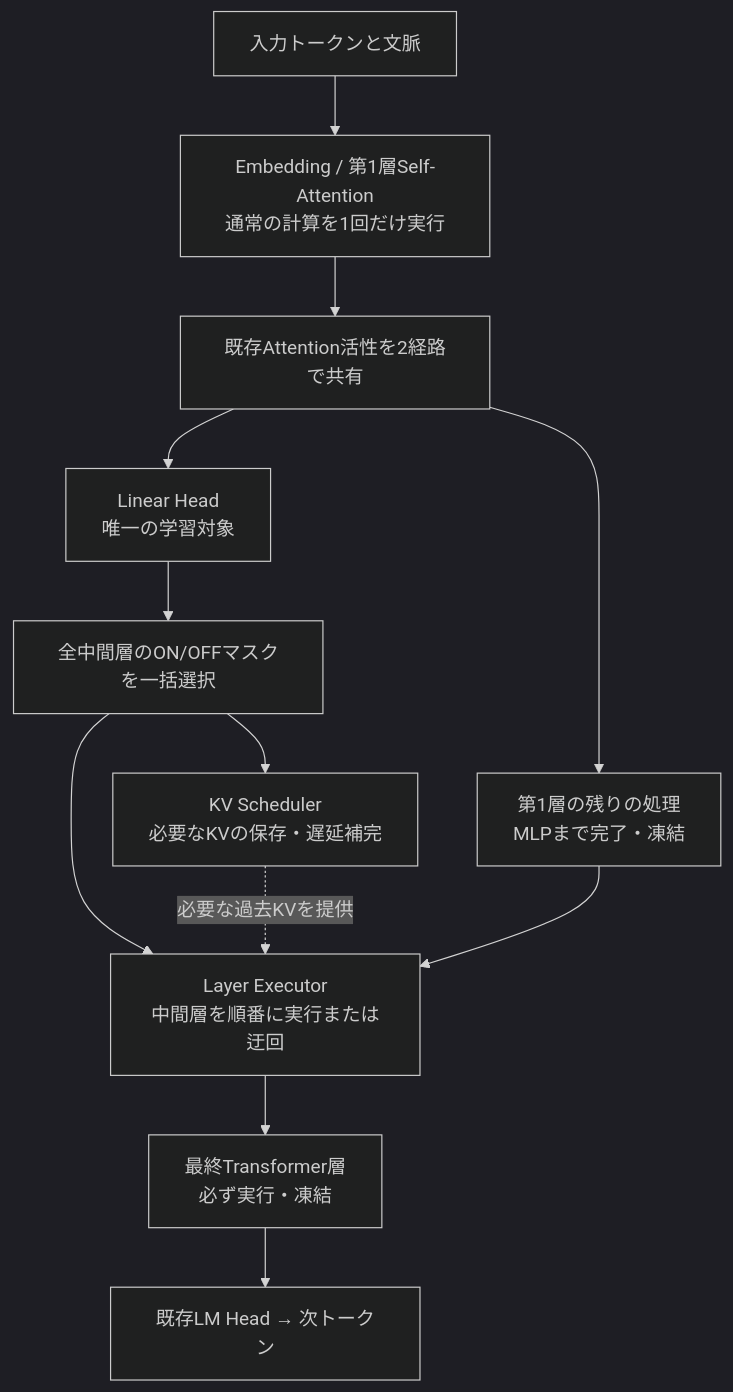
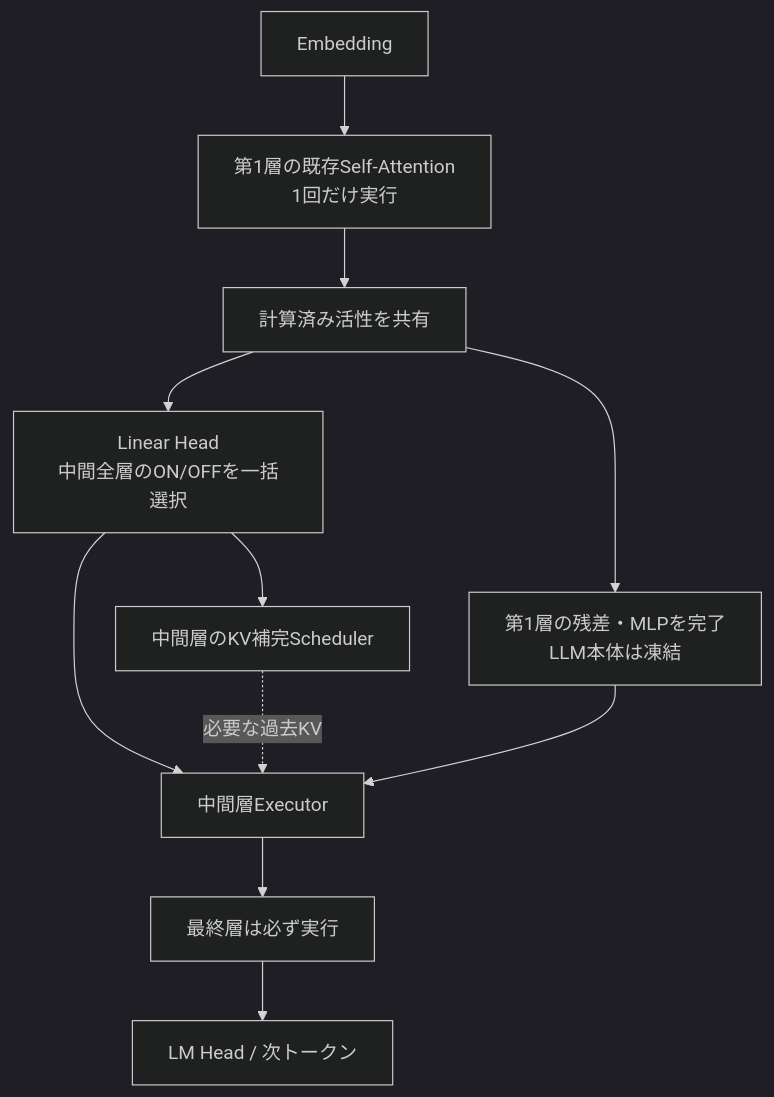
The diagram in docs/01_FOUNDATIONS.md (Unjuno/frozen-llm-layer-skip-kv), drawn with Mermaid (dark theme) before and after one commit. The commit also changed other lines of this file, not shown here.

Commit message:
docs: restore activation-sharing linear-head routing as core purpose in docs/01_FOUNDATIONS.md

````diff
--- a/docs/01_FOUNDATIONS.md
+++ b/docs/01_FOUNDATIONS.md
@@ -44,14 +40,13 @@
 ```mermaid
 flowchart TD
-    A[入力トークンと文脈] --> B[Embedding / 第1層Self-Attention<br/>通常の計算を1回だけ実行]
-    B --> S[既存Attention活性を2経路で共有]
-    S --> C[Linear Head<br/>唯一の学習対象]
-    S --> F1[第1層の残りの処理<br/>MLPまで完了・凍結]
-    C --> D[全中間層のON/OFFマスクを一括選択]
-    D --> E[Layer Executor<br/>中間層を順番に実行または迂回]
-    F1 --> E
-    D --> K[KV Scheduler<br/>必要なKVの保存・遅延補完]
-    K -. 必要な過去KVを提供 .-> E
-    E --> G[最終Transformer層<br/>必ず実行・凍結]
-    G --> H[既存LM Head → 次トークン]
+    A[Embedding] --> B[第1層の既存Self-Attention<br/>1回だけ実行]
+    B --> C[計算済み活性を共有]
+    C --> D[Linear Head<br/>中間全層のON/OFFを一括選択]
+    C --> E[第1層の残差・MLPを完了<br/>LLM本体は凍結]
+    D --> F[中間層Executor]
+    E --> F
+    D --> K[中間層のKV補完Scheduler]
+    K -. 必要な過去KV .-> F
+    F --> G[最終層は必ず実行]
+    G --> H[LM Head / 次トークン]
 ```
````
